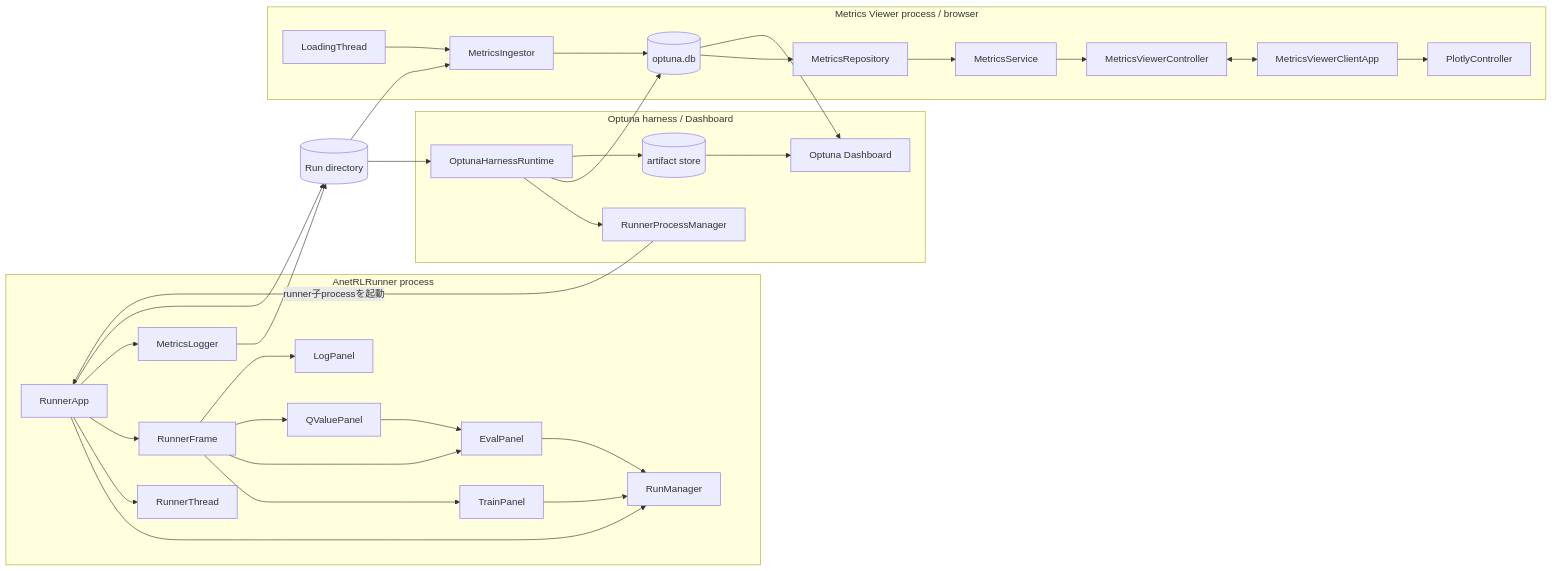
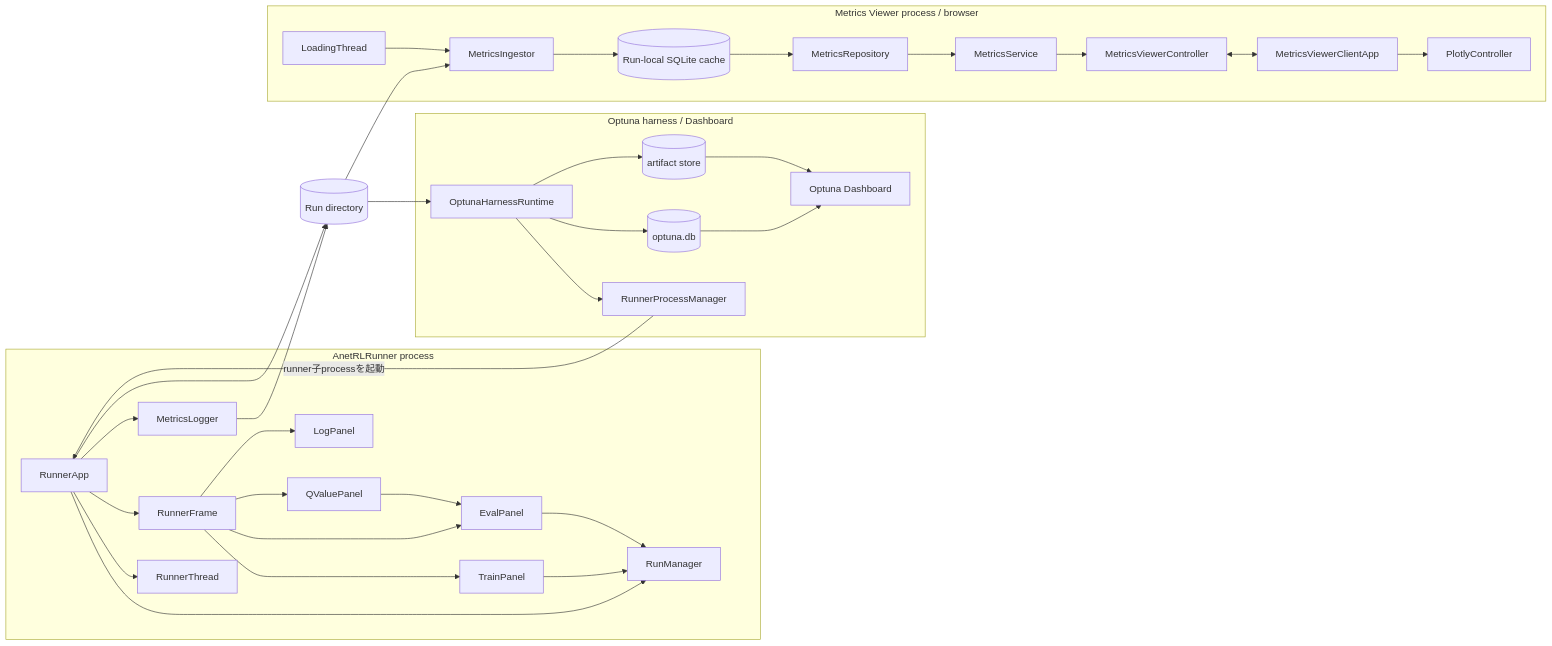
One commit to kazukin123/anet-lab changed the first of 4 diagrams in docs/design/160_applications_and_tools.en.md. Above: the diagram before and after it, drawn with Mermaid. The commit also changed other lines of this file and 31 other files, not shown here.

````diff
--- a/docs/design/160_applications_and_tools.en.md
+++ b/docs/design/160_applications_and_tools.en.md
@@ -167,68 +172,68 @@
 ```mermaid
 flowchart LR
   subgraph RP["AnetRLRunner process"]
     APP[RunnerApp]
     RM[RunManager]
     RT[RunnerThread]
     RF[RunnerFrame]
     TP[TrainPanel]
     EP[EvalPanel]
     QP[QValuePanel]
     LP[LogPanel]
     ML[MetricsLogger]
 
     APP --> RM
     APP --> RT
     APP --> RF
     APP --> ML
     RF --> TP
     RF --> EP
     RF --> QP
     RF --> LP
     TP --> RM
     EP --> RM
     QP --> EP
   end
 
   RUN[(Run directory)]
   ML --> RUN
   APP --> RUN
 
   subgraph VP["Metrics Viewer process / browser"]
     LT[LoadingThread]
     MI[MetricsIngestor]
     DB[(Run-local SQLite cache)]
     MR[MetricsRepository]
     MS[MetricsService]
     MC[MetricsViewerController]
     CA[MetricsViewerClientApp]
     PL[PlotlyController]
 
     LT --> MI
     MI --> DB
     DB --> MR
     MR --> MS
     MS --> MC
     MC <--> CA
     CA --> PL
   end
 
   RUN --> MI
 
   subgraph OP["Optuna harness / Dashboard"]
     OH[OptunaHarnessRuntime]
     PM[RunnerProcessManager]
-    DB[(optuna.db)]
+    ODB[(optuna.db)]
     AS[(artifact store)]
     OD[Optuna Dashboard]
 
     OH --> PM
-    OH --> DB
+    OH --> ODB
     OH --> AS
-    DB --> OD
+    ODB --> OD
     AS --> OD
   end
 
   PM -->|runner子processを起動| APP
   RUN --> OH
 ```
````
